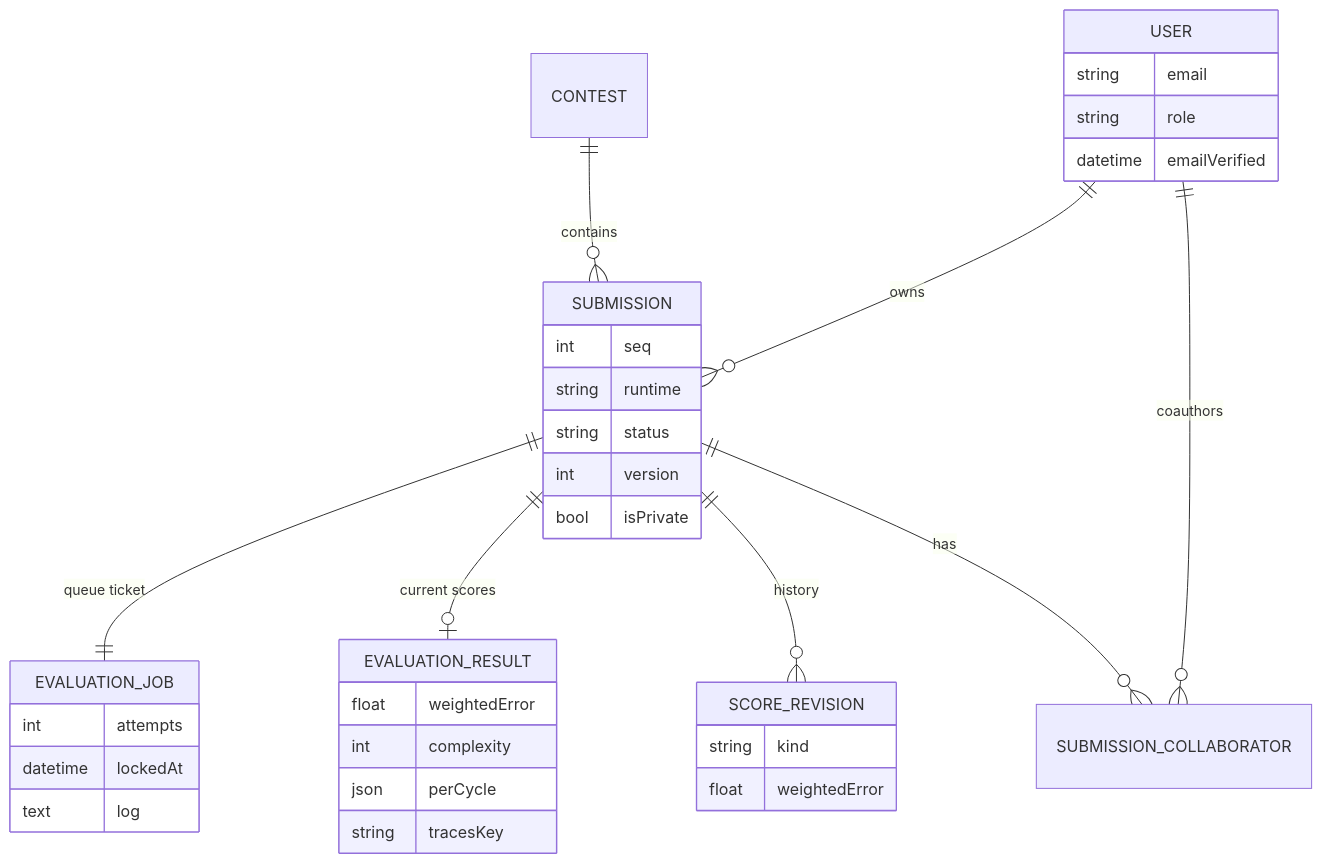
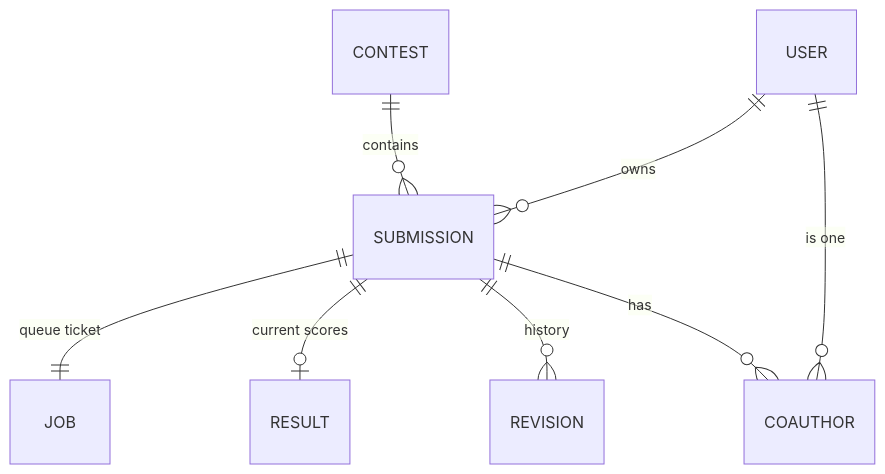
Before and after one commit to McMaster-Battery-Research-Group/battery-soc-benchmark: the first of 3 diagrams in docs/walkthrough/07-the-data-model.md, drawn with Mermaid. The commit also changed 10 other files, not shown here.

Commit message:
Walkthrough: every diagram now fits GitHub's content column (no scaling), larger timeline fonts, bigger logos

````diff
--- a/docs/walkthrough/07-the-data-model.md
+++ b/docs/walkthrough/07-the-data-model.md
@@ -5,38 +5,10 @@
 ```mermaid
 erDiagram
     USER ||--o{ SUBMISSION : owns
-    USER ||--o{ SUBMISSION_COLLABORATOR : coauthors
-    SUBMISSION ||--|| EVALUATION_JOB : "queue ticket"
-    SUBMISSION ||--o| EVALUATION_RESULT : "current scores"
-    SUBMISSION ||--o{ SCORE_REVISION : history
-    SUBMISSION ||--o{ SUBMISSION_COLLABORATOR : has
+    USER ||--o{ COAUTHOR : "is one"
+    SUBMISSION ||--|| JOB : "queue ticket"
+    SUBMISSION ||--o| RESULT : "current scores"
+    SUBMISSION ||--o{ REVISION : history
+    SUBMISSION ||--o{ COAUTHOR : has
     CONTEST ||--o{ SUBMISSION : contains
-
-    USER {
-        string email
-        string role
-        datetime emailVerified
-    }
-    SUBMISSION {
-        int seq
-        string runtime
-        string status
-        int version
-        bool isPrivate
-    }
-    EVALUATION_JOB {
-        int attempts
-        datetime lockedAt
-        text log
-    }
-    EVALUATION_RESULT {
-        float weightedError
-        int complexity
-        json perCycle
-        string tracesKey
-    }
-    SCORE_REVISION {
-        string kind
-        float weightedError
-    }
 ```
````
